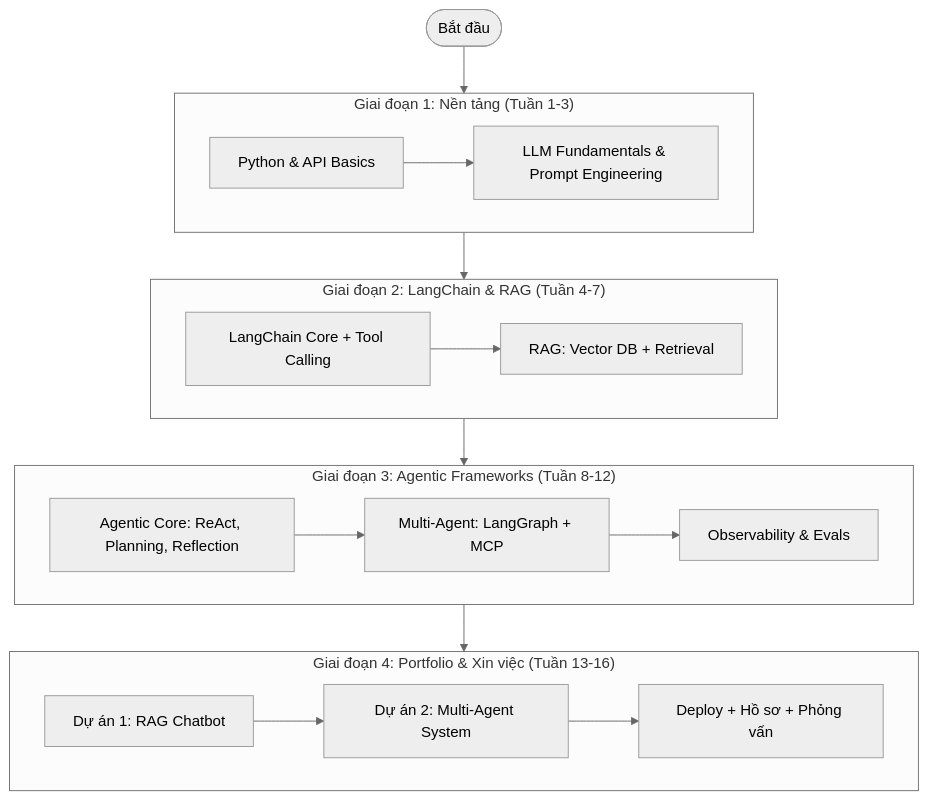
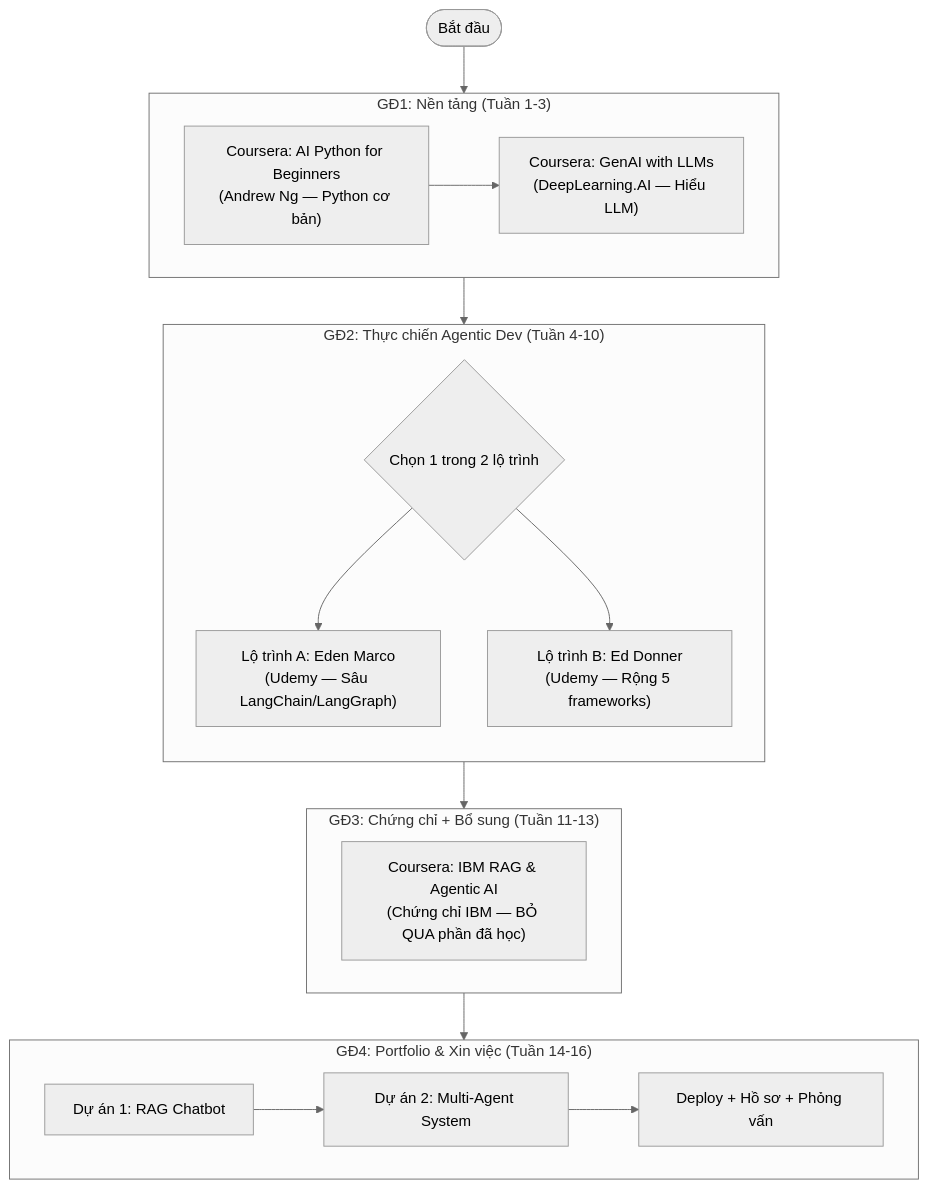
Before and after one commit to iamrealBi/NL: the diagram in README.md, drawn with Mermaid (neutral theme). The commit also changed other lines of this file, not shown here.

````diff
--- a/README.md
+++ b/README.md
@@ -16,34 +28,34 @@
 ```mermaid
 flowchart TD
     Start([Bắt đầu]) --> G1
 
-    subgraph G1 ["Giai đoạn 1: Nền tảng (Tuần 1-3)"]
-        A1["Python & API Basics"]
-        A2["LLM Fundamentals & Prompt Engineering"]
+    subgraph G1 ["GĐ1: Nền tảng (Tuần 1-3)"]
+        A1["Coursera: AI Python for Beginners\n(Andrew Ng — Python cơ bản)"]
+        A2["Coursera: GenAI with LLMs\n(DeepLearning.AI — Hiểu LLM)"]
         A1 --> A2
     end
 
-    subgraph G2 ["Giai đoạn 2: LangChain & RAG (Tuần 4-7)"]
-        B1["LangChain Core + Tool Calling"]
-        B2["RAG: Vector DB + Retrieval"]
-        B1 --> B2
+    subgraph G2 ["GĐ2: Thực chiến Agentic Dev (Tuần 4-10)"]
+        direction TB
+        B_CHOOSE{"Chọn 1 trong 2 lộ trình"}
+        B_EDEN["Lộ trình A: Eden Marco\n(Udemy — Sâu LangChain/LangGraph)"]
+        B_ED["Lộ trình B: Ed Donner\n(Udemy — Rộng 5 frameworks)"]
+        B_CHOOSE --> B_EDEN
+        B_CHOOSE --> B_ED
     end
 
-    subgraph G3 ["Giai đoạn 3: Agentic Frameworks (Tuần 8-12)"]
-        C1["Agentic Core: ReAct, Planning, Reflection"]
-        C2["Multi-Agent: LangGraph + MCP"]
-        C3["Observability & Evals"]
-        C1 --> C2 --> C3
+    subgraph G3 ["GĐ3: Chứng chỉ + Bổ sung (Tuần 11-13)"]
+        C1["Coursera: IBM RAG & Agentic AI\n(Chứng chỉ IBM — BỎ QUA phần đã học)"]
     end
 
-    subgraph G4 ["Giai đoạn 4: Portfolio & Xin việc (Tuần 13-16)"]
+    subgraph G4 ["GĐ4: Portfolio & Xin việc (Tuần 14-16)"]
         D1["Dự án 1: RAG Chatbot"]
         D2["Dự án 2: Multi-Agent System"]
         D3["Deploy + Hồ sơ + Phỏng vấn"]
         D1 --> D2 --> D3
     end
 
     G1 --> G2
     G2 --> G3
     G3 --> G4
 ```
````
